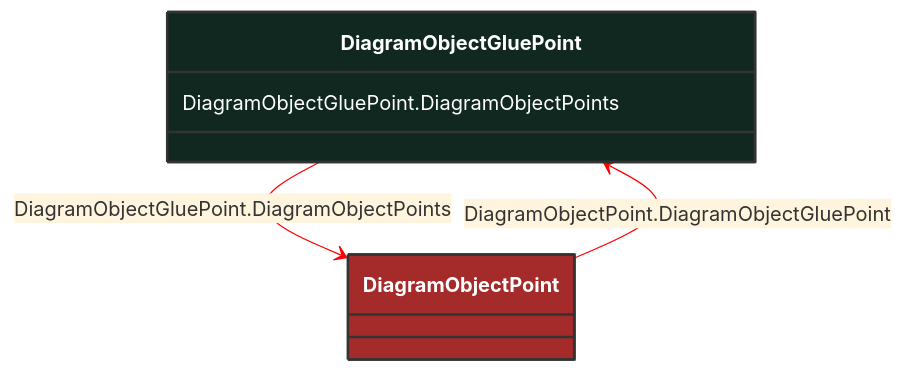
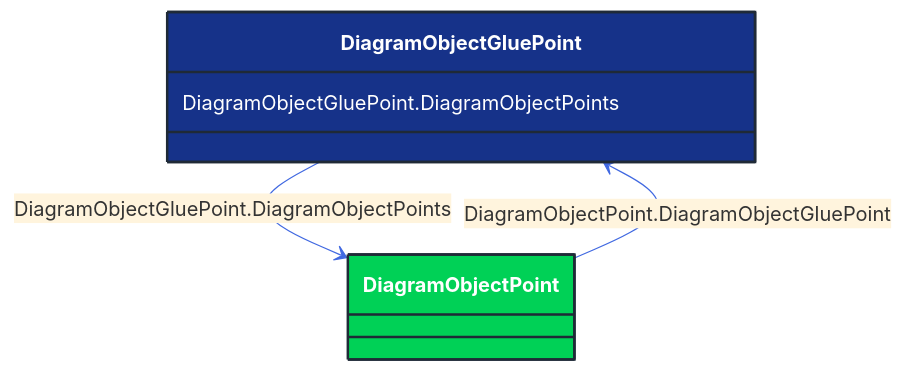
One commit to 3lbits/NoCIMExtensions changed the diagram in docs/Models/Profiles/DiagramLayout/ConcreteClasses/DiagramObjectGluePoint.md. Above: the diagram before and after it, drawn with Mermaid. The commit also changed 362 other files, not shown here.

First line of the commit message:
Update diagrams and styles for improved visual consistency

````diff
--- a/docs/Models/Profiles/DiagramLayout/ConcreteClasses/DiagramObjectGluePoint.md
+++ b/docs/Models/Profiles/DiagramLayout/ConcreteClasses/DiagramObjectGluePoint.md
@@ -8,22 +8,22 @@
 ```mermaid
-%%{init: {'theme':'base','themeVariables': {'lineColor': '#FF0000'}}}%%
+%%{init: {'theme':'base','themeVariables': {'lineColor': '#4169E1'}}}%%
 classDiagram
     class DiagramObjectGluePoint
     click DiagramObjectGluePoint href "/Models/Profiles/DiagramLayout/ConcreteClasses/DiagramObjectGluePoint/"
-    style DiagramObjectGluePoint fill:#102820,stroke:#333,stroke-width:2px,rx:10,ry:10,color:white
+    style DiagramObjectGluePoint fill:#163289,stroke:#1F2A37,stroke-width:2px,rx:10,ry:10,color:white
 
         DiagramObjectGluePoint --> DiagramObjectPoint : DiagramObjectGluePoint.DiagramObjectPoints
 
         DiagramObjectPoint
             click DiagramObjectPoint href "/Models/Profiles/DiagramLayout/ConcreteClasses/DiagramObjectPoint/"
-            style DiagramObjectPoint fill:#A52A2A,stroke:#333,stroke-width:2px,rx:10,ry:10,color:white
+            style DiagramObjectPoint fill:#00D156,stroke:#1F2A37,stroke-width:2px,rx:10,ry:10,color:white
 
         DiagramObjectPoint --> DiagramObjectGluePoint : DiagramObjectPoint.DiagramObjectGluePoint
 
         DiagramObjectPoint
             click DiagramObjectPoint href "/Models/Profiles/DiagramLayout/ConcreteClasses/DiagramObjectPoint/"
-            style DiagramObjectPoint fill:#A52A2A,stroke:#333,stroke-width:2px,rx:10,ry:10,color:white
+            style DiagramObjectPoint fill:#00D156,stroke:#1F2A37,stroke-width:2px,rx:10,ry:10,color:white
 
 
         DiagramObjectGluePoint : DiagramObjectGluePoint.DiagramObjectPoints
 ```
````
